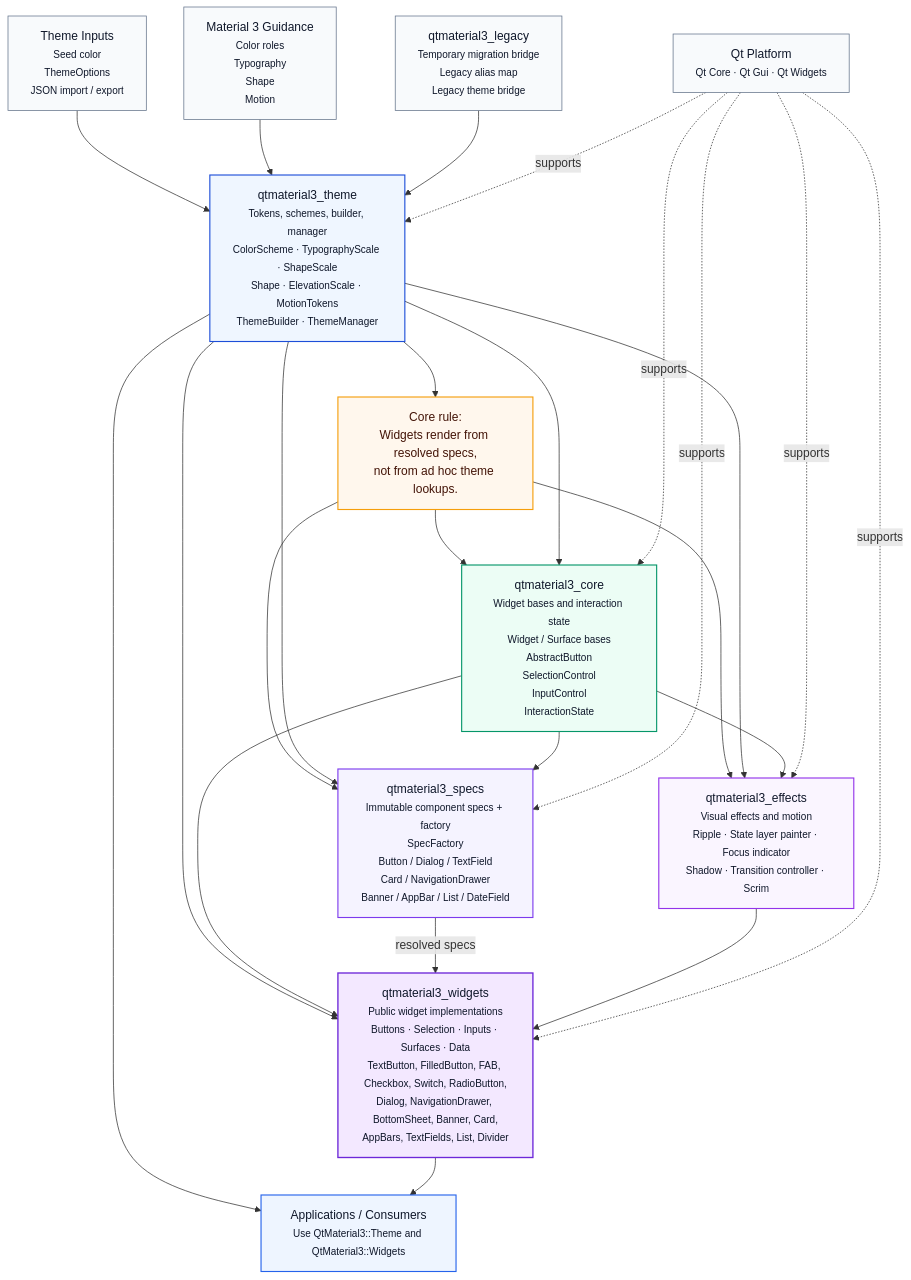
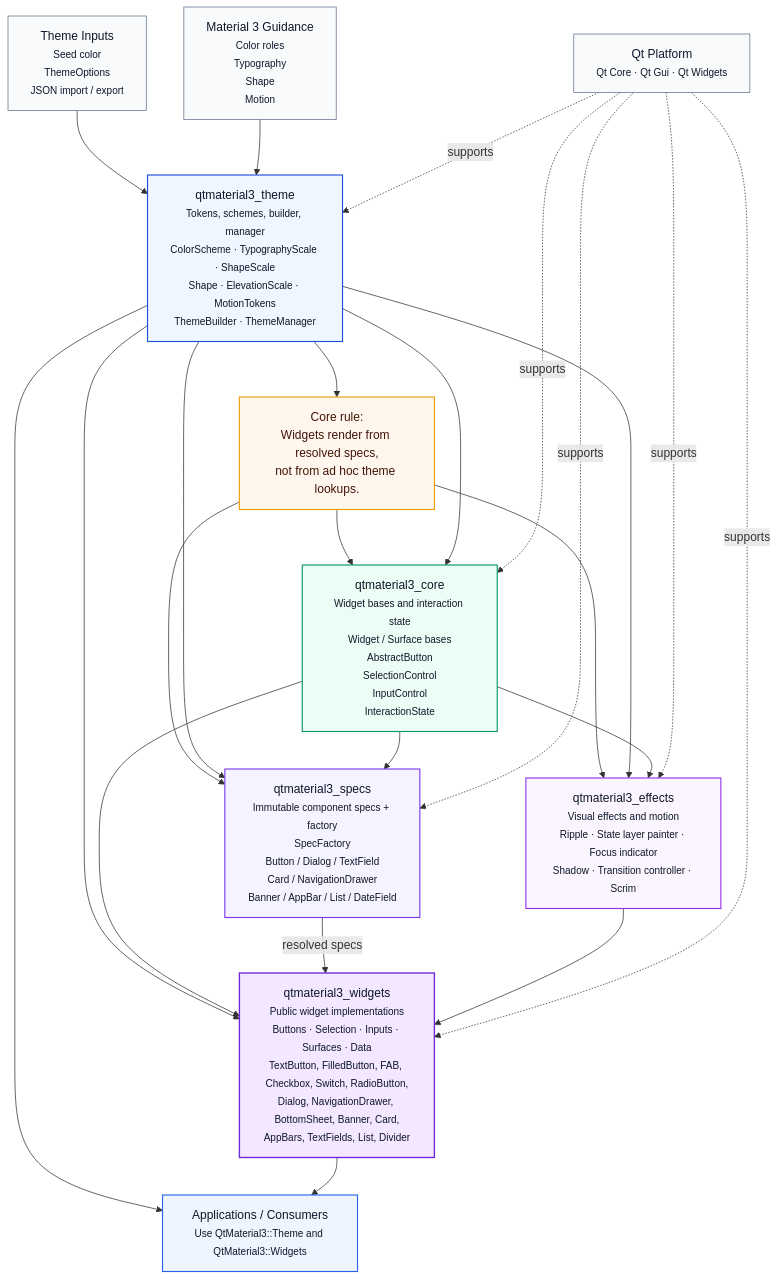
Before and after one commit to faudard/qt-material3-widget: the first of 2 diagrams in docs/architecture/01-overview.md, drawn with Mermaid. The commit also changed 14 other files, not shown here.

````diff
--- a/docs/architecture/01-overview.md
+++ b/docs/architecture/01-overview.md
@@ -11,71 +11,68 @@
 ```mermaid
 flowchart TB
     app["Applications / Consumers<br/><small>Use QtMaterial3::Theme and QtMaterial3::Widgets</small>"]
 
     inputs["Theme Inputs<br/><small>Seed color<br/>ThemeOptions<br/>JSON import / export</small>"]
     m3["Material 3 Guidance<br/><small>Color roles<br/>Typography<br/>Shape<br/>Motion</small>"]
-
-    legacy["qtmaterial3_legacy<br/><small>Temporary migration bridge<br/>Legacy alias map<br/>Legacy theme bridge</small>"]
 
     theme["qtmaterial3_theme<br/><small>Tokens, schemes, builder, manager<br/>ColorScheme · TypographyScale · ShapeScale<br/>Shape · ElevationScale · MotionTokens<br/>ThemeBuilder · ThemeManager</small>"]
 
     rule["Core rule:<br/>Widgets render from resolved specs,<br/>not from ad hoc theme lookups."]
 
     core["qtmaterial3_core<br/><small>Widget bases and interaction state<br/>Widget / Surface bases<br/>AbstractButton<br/>SelectionControl<br/>InputControl<br/>InteractionState</small>"]
 
     specs["qtmaterial3_specs<br/><small>Immutable component specs + factory<br/>SpecFactory<br/>Button / Dialog / TextField<br/>Card / NavigationDrawer<br/>Banner / AppBar / List / DateField</small>"]
 
     effects["qtmaterial3_effects<br/><small>Visual effects and motion<br/>Ripple · State layer painter · Focus indicator<br/>Shadow · Transition controller · Scrim</small>"]
 
     widgets["qtmaterial3_widgets<br/><small>Public widget implementations<br/>Buttons · Selection · Inputs · Surfaces · Data<br/>TextButton, FilledButton, FAB, Checkbox, Switch, RadioButton,<br/>Dialog, NavigationDrawer, BottomSheet, Banner, Card,<br/>AppBars, TextFields, List, Divider</small>"]
 
     qt["Qt Platform<br/><small>Qt Core · Qt Gui · Qt Widgets</small>"]
 
     inputs --> theme
     m3 --> theme
-    legacy --> theme
 
     theme --> app
     widgets --> app
 
     theme --> rule
     rule --> core
     rule --> specs
     rule --> effects
 
     theme --> core
     theme --> specs
     theme --> effects
     theme --> widgets
 
     core --> specs
     core --> effects
     core --> widgets
 
     specs -->|"resolved specs"| widgets
     effects --> widgets
 
     qt -. supports .-> theme
     qt -. supports .-> core
     qt -. supports .-> specs
     qt -. supports .-> effects
     qt -. supports .-> widgets
 
     classDef consumer fill:#eef5ff,stroke:#2563eb,stroke-width:1.5px,color:#0f172a;
     classDef theme fill:#eff6ff,stroke:#1d4ed8,stroke-width:1.5px,color:#0f172a;
     classDef core fill:#ecfdf5,stroke:#059669,stroke-width:1.5px,color:#0f172a;
     classDef specs fill:#f5f3ff,stroke:#7c3aed,stroke-width:1.5px,color:#0f172a;
     classDef effects fill:#faf5ff,stroke:#9333ea,stroke-width:1.5px,color:#0f172a;
     classDef widgets fill:#f3e8ff,stroke:#6d28d9,stroke-width:1.8px,color:#0f172a;
     classDef support fill:#f8fafc,stroke:#64748b,stroke-width:1px,color:#0f172a;
     classDef note fill:#fff7ed,stroke:#f59e0b,stroke-width:1.5px,color:#431407;
 
     class app consumer;
-    class inputs,m3,legacy,qt support;
+    class inputs,m3,qt support;
     class theme theme;
     class core core;
     class specs specs;
     class effects effects;
     class widgets widgets;
     class rule note;
 ```
````
